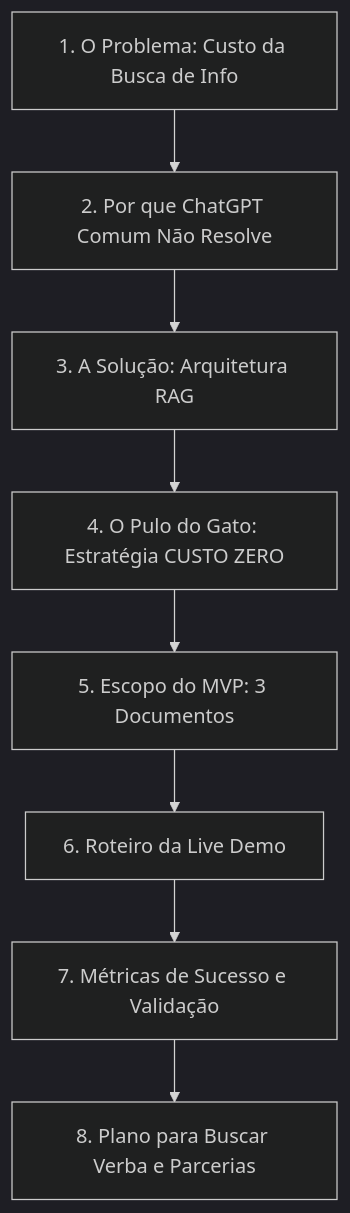
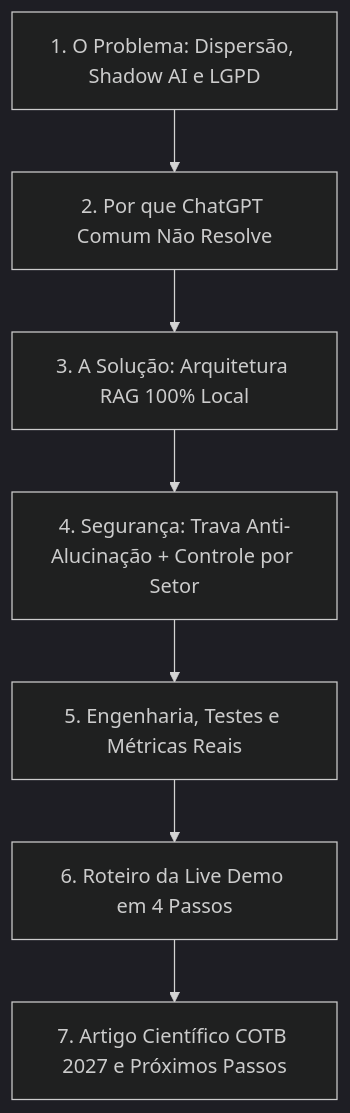
One commit to TiagoFFC/DocAI-Corporate-RAG changed the diagram in Apresentação/pitch_apresentacao_chatbot.md. Above: the diagram before and after it, drawn with Mermaid (dark theme). The commit also changed other lines of this file and 1 other file, not shown here.

Commit message:
docs(apresentacao): atualizar pitch para nivel 2 e documentar controle por setor

````diff
--- a/Apresentação/pitch_apresentacao_chatbot.md
+++ b/Apresentação/pitch_apresentacao_chatbot.md
@@ -10,10 +12,9 @@
 ```mermaid
 flowchart TD
-    S1[1. O Problema: Custo da Busca de Info] --> S2[2. Por que ChatGPT Comum Não Resolve]
-    S2 --> S3[3. A Solução: Arquitetura RAG]
-    S3 --> S4[4. O Pulo do Gato: Estratégia CUSTO ZERO]
-    S4 --> S5[5. Escopo do MVP: 3 Documentos]
-    S5 --> S6[6. Roteiro da Live Demo]
-    S6 --> S7[7. Métricas de Sucesso e Validação]
-    S7 --> S8[8. Plano para Buscar Verba e Parcerias]
+    S1[1. O Problema: Dispersão, Shadow AI e LGPD] --> S2[2. Por que ChatGPT Comum Não Resolve]
+    S2 --> S3[3. A Solução: Arquitetura RAG 100% Local]
+    S3 --> S4[4. Segurança: Trava Anti-Alucinação + Controle por Setor]
+    S4 --> S5[5. Engenharia, Testes e Métricas Reais]
+    S5 --> S6[6. Roteiro da Live Demo em 4 Passos]
+    S6 --> S7[7. Artigo Científico COTB 2027 e Próximos Passos]
 ```
````
